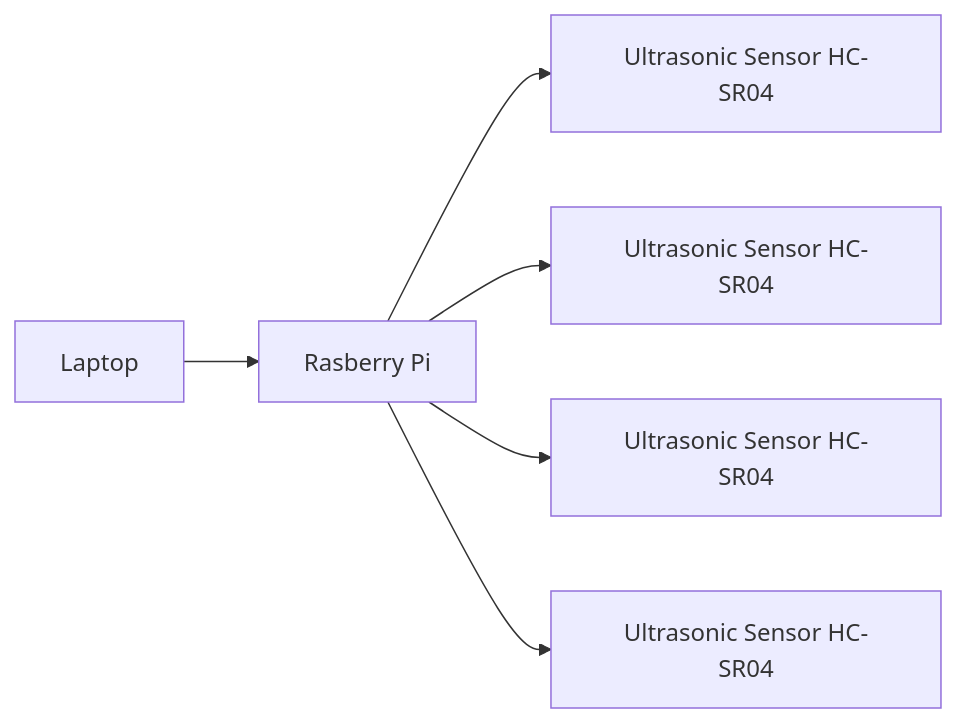
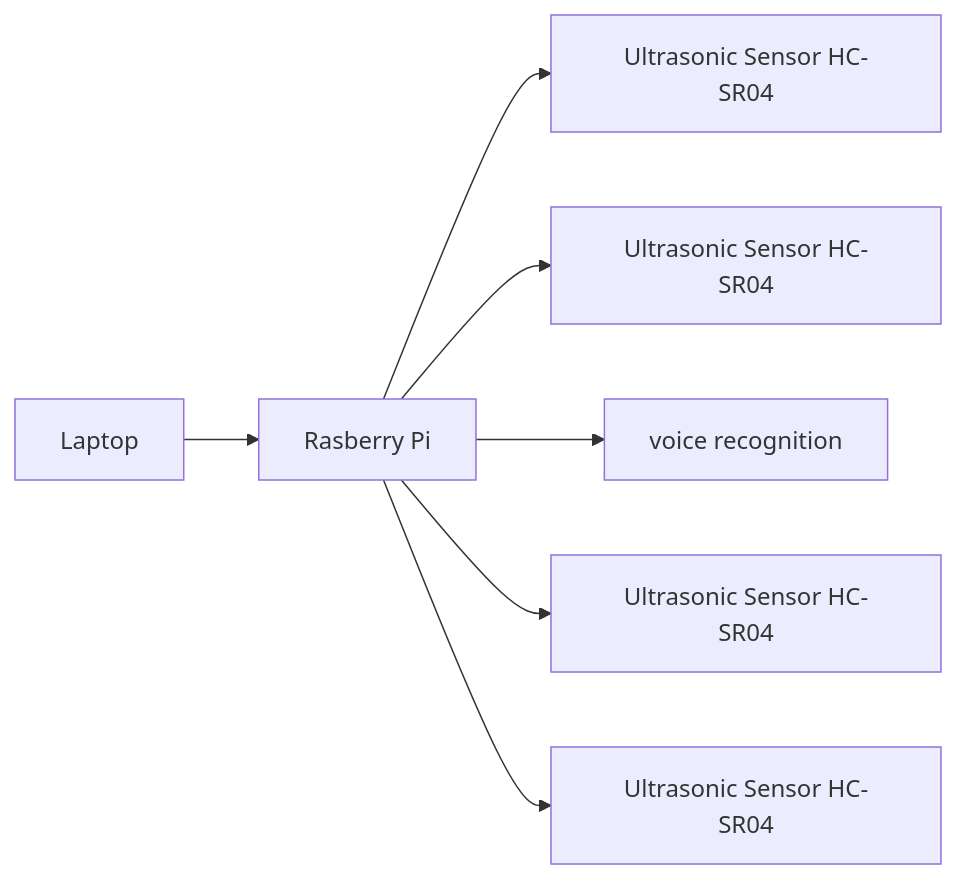
Before and after one commit to deniseten/EGL315: the first of 3 diagrams in README.md, drawn with Mermaid.

````diff
--- a/README.md
+++ b/README.md
@@ -7,8 +7,9 @@
 ```mermaid
 graph LR
 
 A[Laptop] --> B[Rasberry Pi] --> C[Ultrasonic Sensor HC-SR04] 
 B --> D[Ultrasonic Sensor HC-SR04]
-B --> E[Ultrasonic Sensor HC-SR04]
+B --> E[voice recognition]
 B --> F[Ultrasonic Sensor HC-SR04]
+B --> G[Ultrasonic Sensor HC-SR04]
 ```
````
